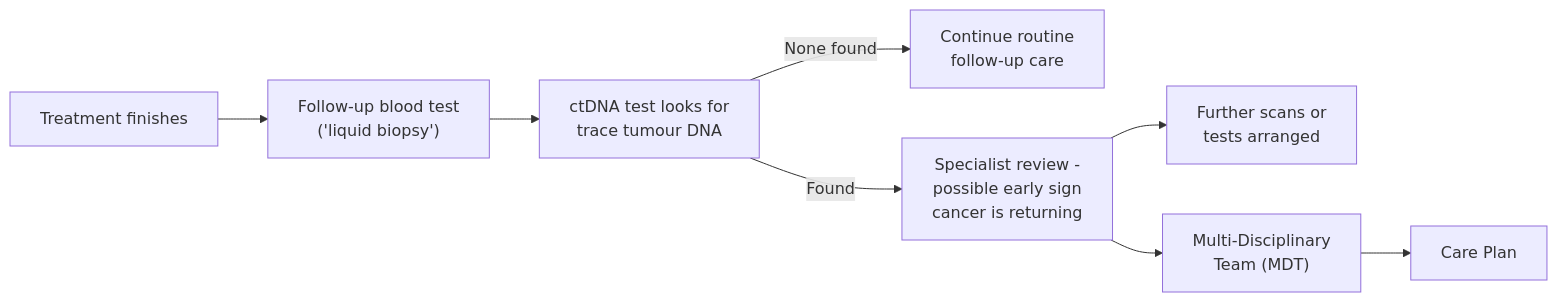
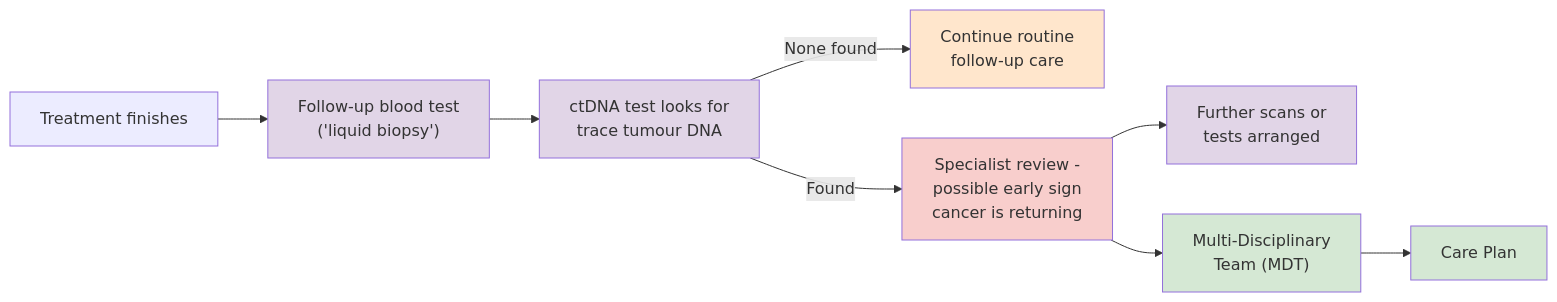
Before and after one commit to nw-gmsa/nw-gmsa.github.com: the seventh of 7 diagrams in input/pagecontent/CancerNOS.md, drawn with Mermaid. The commit also changed other lines of this file, not shown here.

````diff
--- a/input/pagecontent/CancerNOS.md
+++ b/input/pagecontent/CancerNOS.md
@@ -290,10 +350,20 @@
 ```mermaid
 flowchart LR
     A["Treatment finishes"] --> B["Follow-up blood test<br/>('liquid biopsy')"]
     B --> C["ctDNA test looks for<br/>trace tumour DNA"]
     C -->|"None found"| D["Continue routine<br/>follow-up care"]
     C -->|"Found"| E["Specialist review -<br/>possible early sign<br/>cancer is returning"]
     E --> F["Further scans or<br/>tests arranged"]
     E --> MDT["Multi-Disciplinary<br/>Team (MDT)"]
     MDT --> Plan["Care Plan"]
+
+    classDef purple fill:#E1D5E7;
+    classDef pink fill:#F8CECC;
+    classDef green fill:#D5E8D4;
+    classDef orange fill:#FFE6CC;
+
+    class B,C,F purple
+    class E pink
+    class D orange
+    class MDT,Plan green
 ```
````
